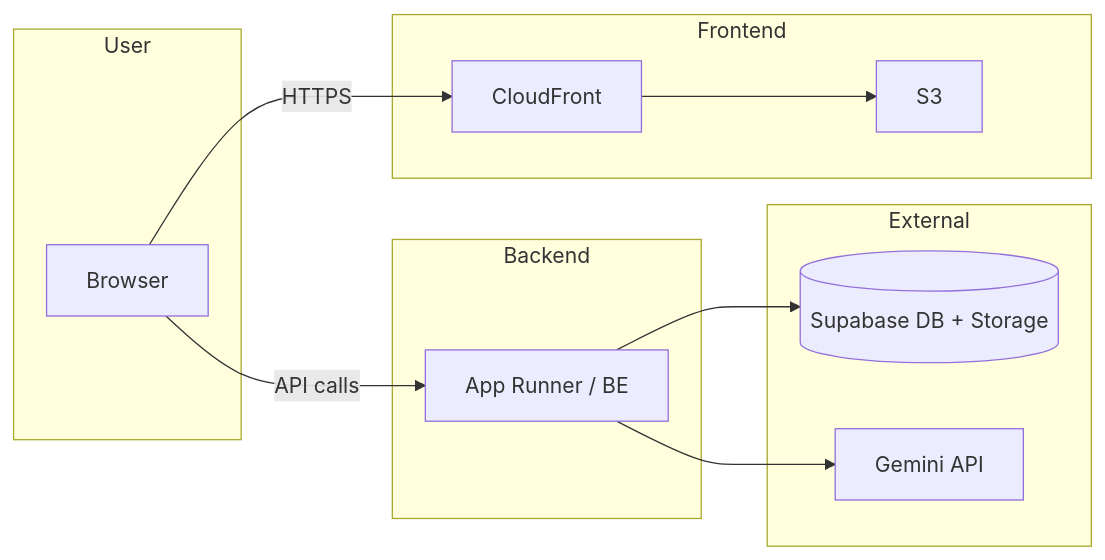
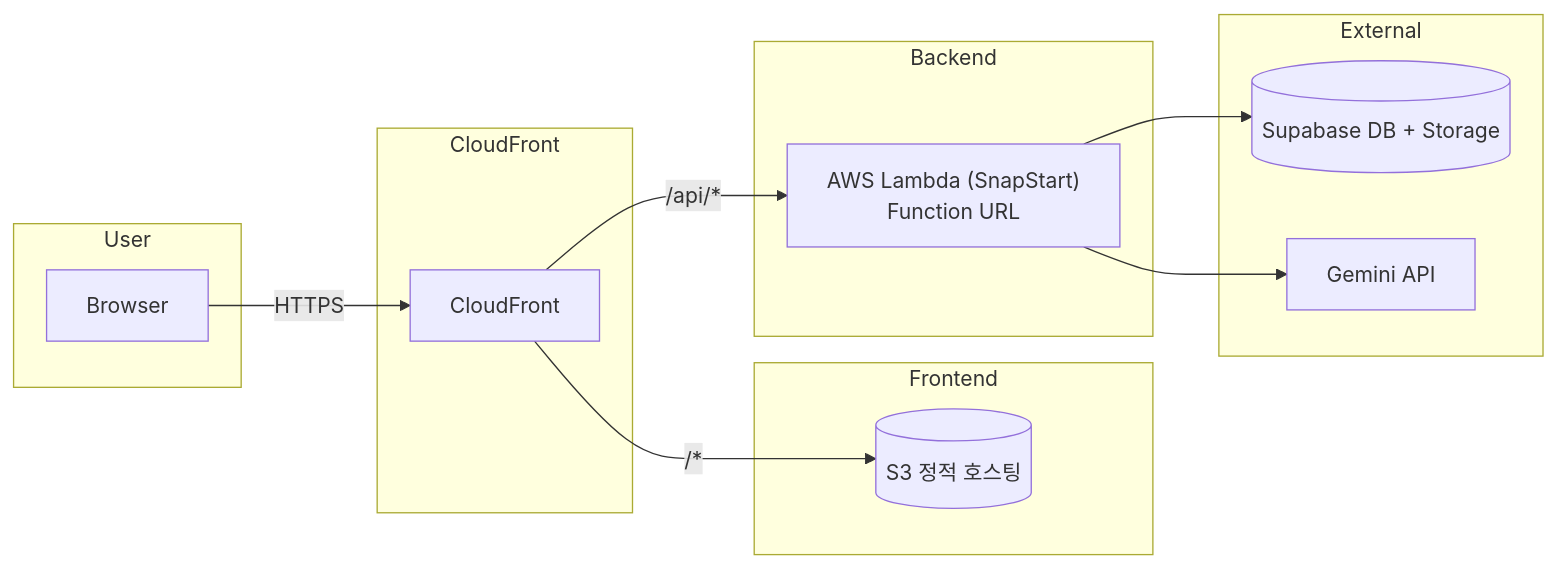
One commit to BAECHAN/link-sphere_FE_NEW changed the first of 4 diagrams in docs/SYSTEM-ARCHITECTURE.md. Above: the diagram before and after it, drawn with Mermaid. The commit also changed other lines of this file and 1 other file, not shown here.

First line of the commit message:
docs(architecture): 시스템 아키텍처를 현재 인프라에 맞게 갱신

````diff
--- a/docs/SYSTEM-ARCHITECTURE.md
+++ b/docs/SYSTEM-ARCHITECTURE.md
@@ -12,21 +12,24 @@
 ```mermaid
 flowchart LR
   subgraph user [User]
     Browser[Browser]
   end
+  subgraph edge [CloudFront]
+    CF[CloudFront]
+  end
   subgraph fe [Frontend]
-    CloudFront[CloudFront]
-    CloudFront --> S3
+    S3[(S3 정적 호스팅)]
   end
   subgraph be [Backend]
-    AppRunner["App Runner / BE"]
+    Lambda["AWS Lambda (SnapStart)<br/>Function URL"]
   end
   subgraph external [External]
     Supabase[(Supabase DB + Storage)]
     Gemini[Gemini API]
   end
-  Browser -->|HTTPS| CloudFront
-  Browser -->|API calls| AppRunner
-  AppRunner --> Supabase
-  AppRunner --> Gemini
+  Browser -->|HTTPS| CF
+  CF -->|"/*"| S3
+  CF -->|"/api/*"| Lambda
+  Lambda --> Supabase
+  Lambda --> Gemini
 ```
````
